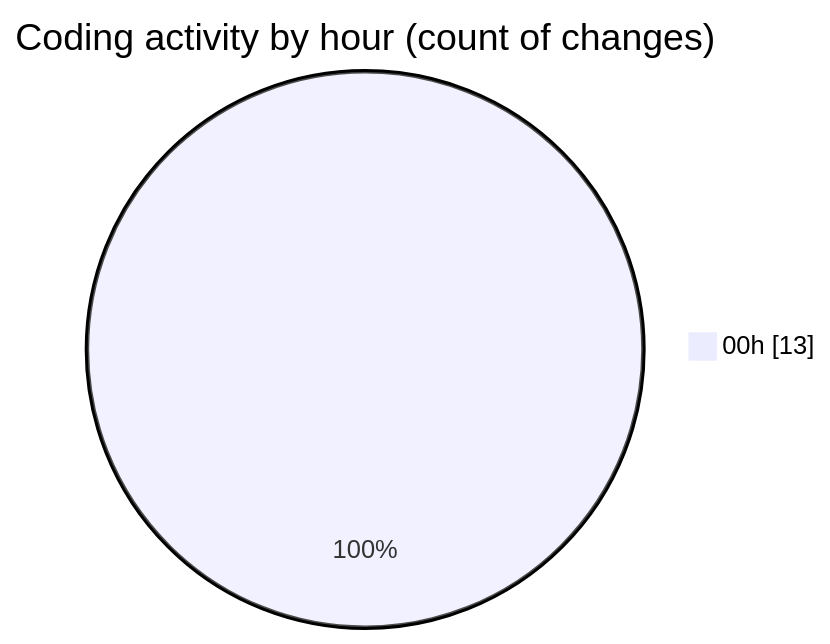
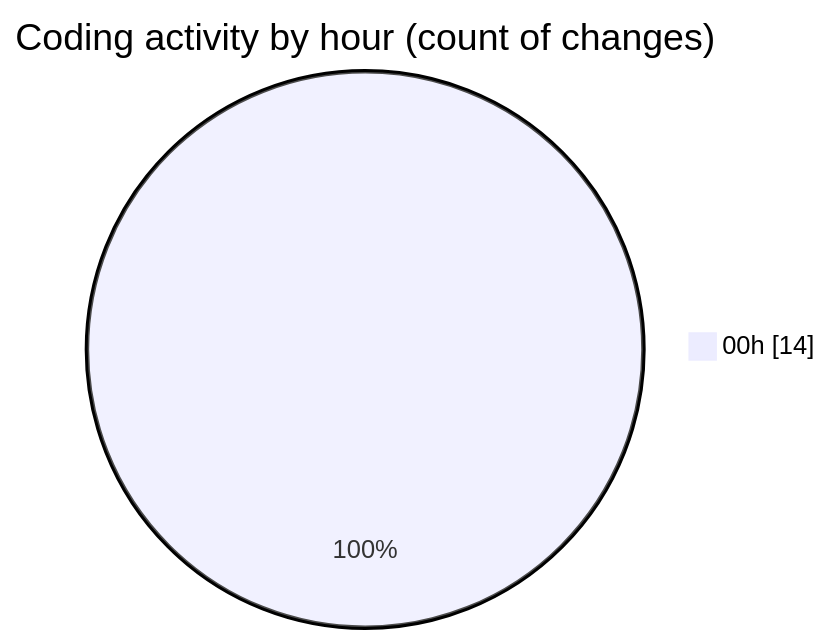
One commit to idhammustaqopulfikri/code-tracking changed the second of 2 diagrams in 2025-06-23/studio-backend/README.md. Above: the diagram before and after it, drawn with Mermaid. The commit also changed other lines of this file and 1 other file, not shown here.

````diff
--- a/2025-06-23/studio-backend/README.md
+++ b/2025-06-23/studio-backend/README.md
@@ -28,5 +28,5 @@
 ```mermaid
 pie showData
 title Coding activity by hour (count of changes)
-"00h" : 13
+"00h" : 14
 ```
````
